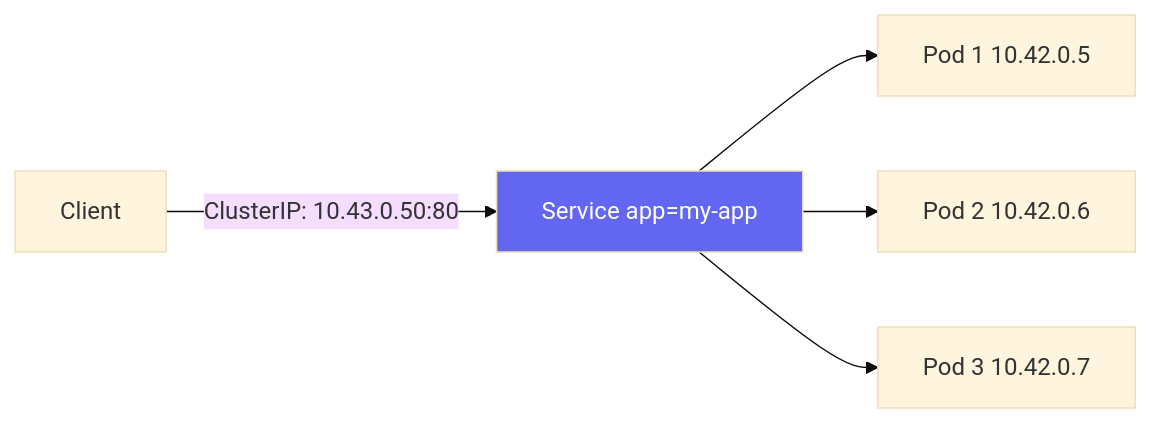
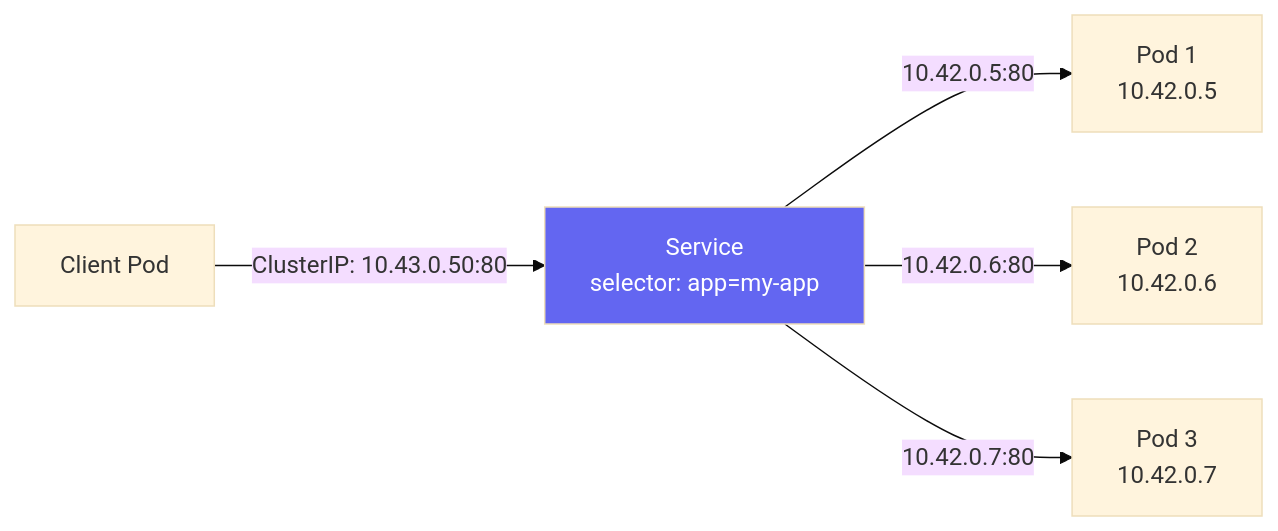
The eighth of 11 diagrams in 03_first_steps/03_pods_deployments_services.md (UncleJS/course_k3s), drawn with Mermaid (base theme) before and after one commit. The commit also changed other lines of this file and 45 other files, not shown here.

First line of the commit message:
Expand all course lessons: Mermaid diagrams + rich prose across 43 files

````diff
--- a/03_first_steps/03_pods_deployments_services.md
+++ b/03_first_steps/03_pods_deployments_services.md
@@ -265,9 +459,8 @@
 ```mermaid
 graph LR
-    CLIENT[Client] -->|"ClusterIP: 10.43.0.50:80"| SVC[Service app=my-app]
-    SVC --> P1[Pod 1 10.42.0.5]
-    SVC --> P2[Pod 2 10.42.0.6]
-    SVC --> P3[Pod 3 10.42.0.7]
-
+    CLIENT["Client Pod"] -->|"ClusterIP: 10.43.0.50:80"| SVC["Service<br/>selector: app=my-app"]
+    SVC -->|"10.42.0.5:80"| P1["Pod 1<br/>10.42.0.5"]
+    SVC -->|"10.42.0.6:80"| P2["Pod 2<br/>10.42.0.6"]
+    SVC -->|"10.42.0.7:80"| P3["Pod 3<br/>10.42.0.7"]
     style SVC fill:#6366f1,color:#fff
 ```
````
